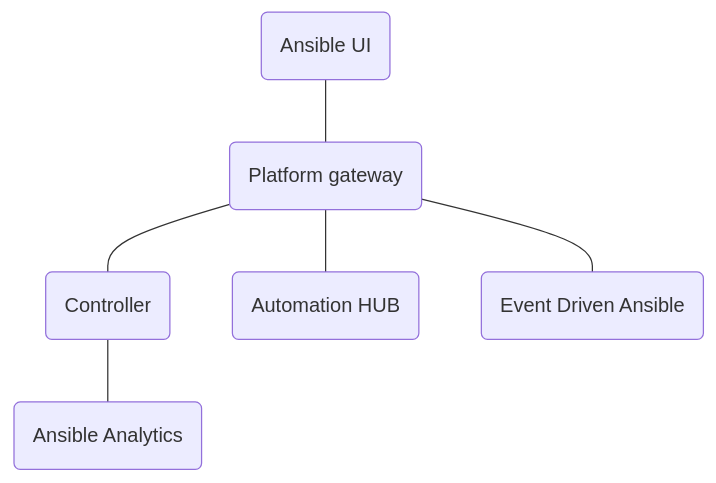
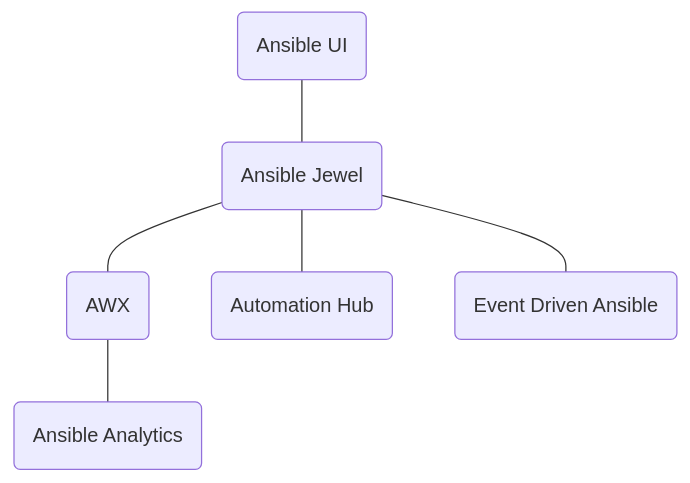
The diagram in platform/README.md (ansible/ansible-ui), drawn with Mermaid before and after one commit. The commit also changed other lines of this file and 13 other files, not shown here.

````diff
--- a/platform/README.md
+++ b/platform/README.md
@@ -5,8 +7,8 @@
 ```mermaid
 flowchart TD
-   ui(Ansible UI) --- platform(Platform gateway)
-   platform --- awx(Controller)
-   platform --- hub(Automation HUB)
+   ui(Ansible UI) --- platform(Ansible Jewel)
+   platform --- awx(AWX)
+   platform --- hub(Automation Hub)
    platform --- eda(Event Driven Ansible)
    awx --- aa(Ansible Analytics)
 ```
````
